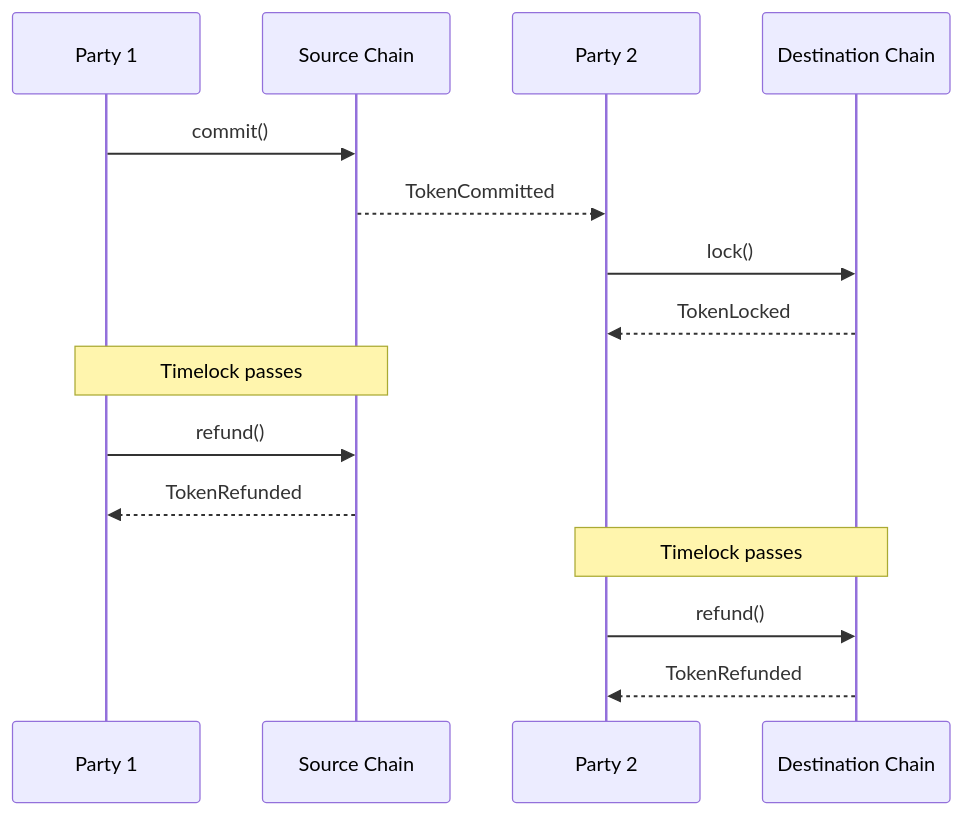
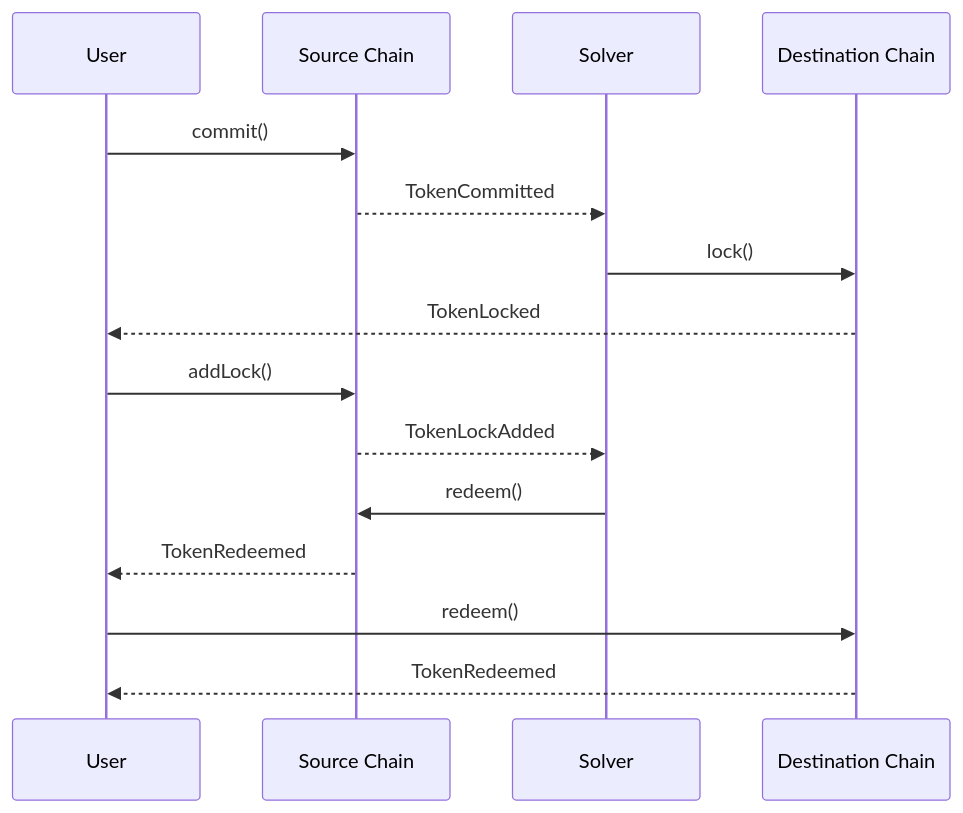
One commit to TrainProtocol/docs changed the third of 4 diagrams in protocol-spec/edge-cases.mdx. Above: the diagram before and after it, drawn with Mermaid. The commit also changed other lines of this file and 1 other file, not shown here.

````diff
--- a/protocol-spec/edge-cases.mdx
+++ b/protocol-spec/edge-cases.mdx
@@ -61,21 +65,19 @@
 ```mermaid
 sequenceDiagram
-    participant P1 as Party 1
+    participant P1 as User
     participant SC as Source Chain
-    participant P2 as Party 2
+    participant P2 as Solver
     participant DC as Destination Chain
 
 	
     P1->>SC: commit()
     SC-->>P2: TokenCommitted
     P2->>DC: lock()
-    DC-->>P2: TokenLocked
-    
-    Note over P1,SC: Timelock passes
-    P1->>SC: refund()
-    SC-->>P1: TokenRefunded
-		
-		Note over P2,DC: Timelock passes
-    P2->>DC: refund()
-    DC-->>P2: TokenRefunded
+    DC-->>P1: TokenLocked
+    P1->>SC: addLock()
+    SC-->>P2: TokenLockAdded
+    P2->>SC: redeem()
+	  SC-->>P1: TokenRedeemed
+    P1->>DC: redeem()
+    DC-->>P1: TokenRedeemed
 ```
````
